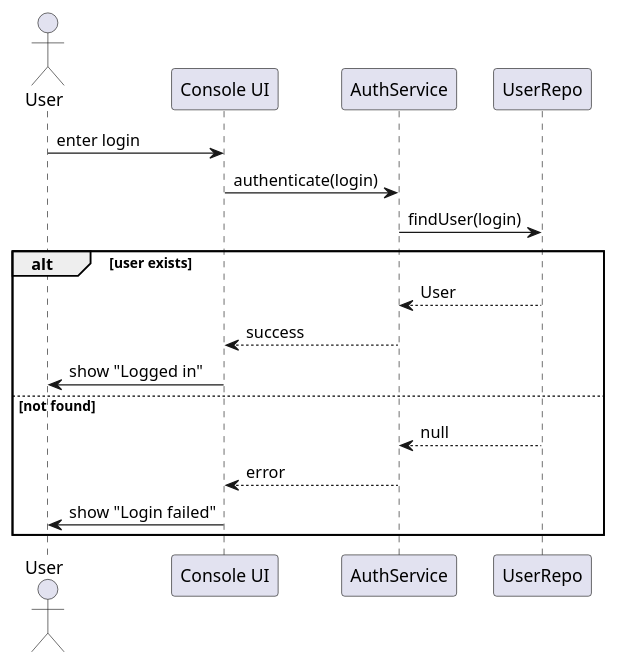
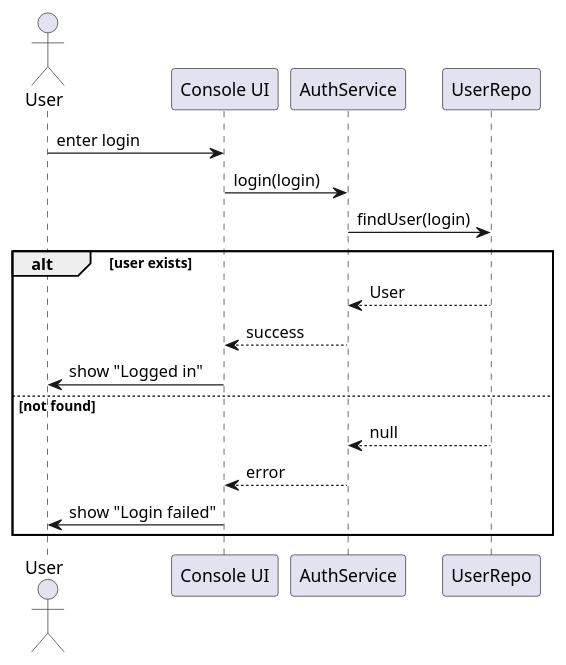
The first of 17 diagrams in MkDown.md (Pr0meTheuSS/oooad), drawn with PlantUML before and after one commit. The commit also changed other lines of this file and 1 other file, not shown here.

````diff
--- a/MkDown.md
+++ b/MkDown.md
@@ -63,20 +147,20 @@
 ```plantuml
 @startuml
 actor User
 participant "Console UI" as UI
 participant "AuthService" as Auth
 participant "UserRepo" as Repo
 User -> UI: enter login
-UI -> Auth: authenticate(login)
+UI -> Auth: login(login)
 Auth -> Repo: findUser(login)
 alt user exists
     Repo --> Auth: User
     Auth --> UI: success
     UI -> User: show "Logged in"
 else not found
     Repo --> Auth: null
     Auth --> UI: error
     UI -> User: show "Login failed"
 end
 @enduml
 ```
````
